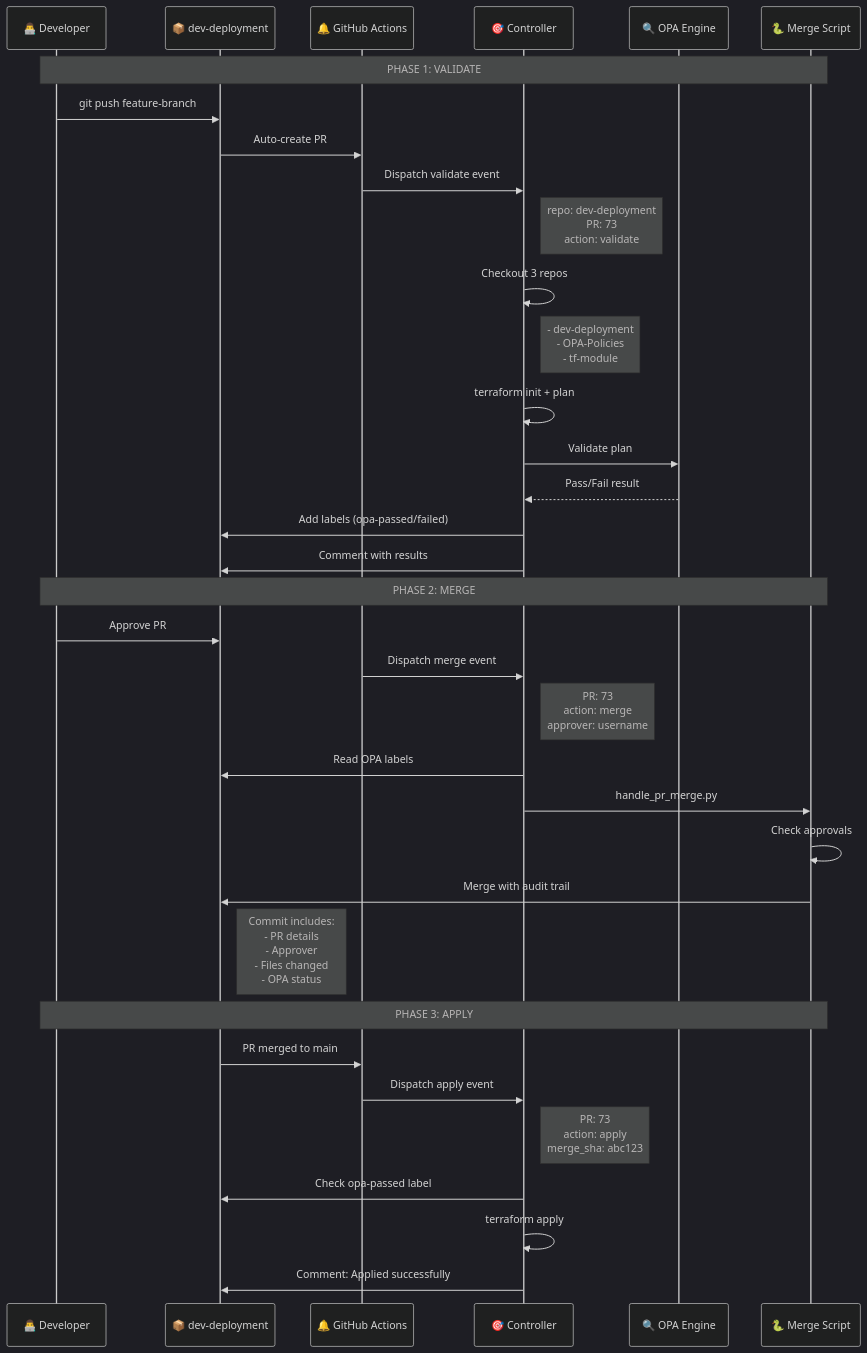
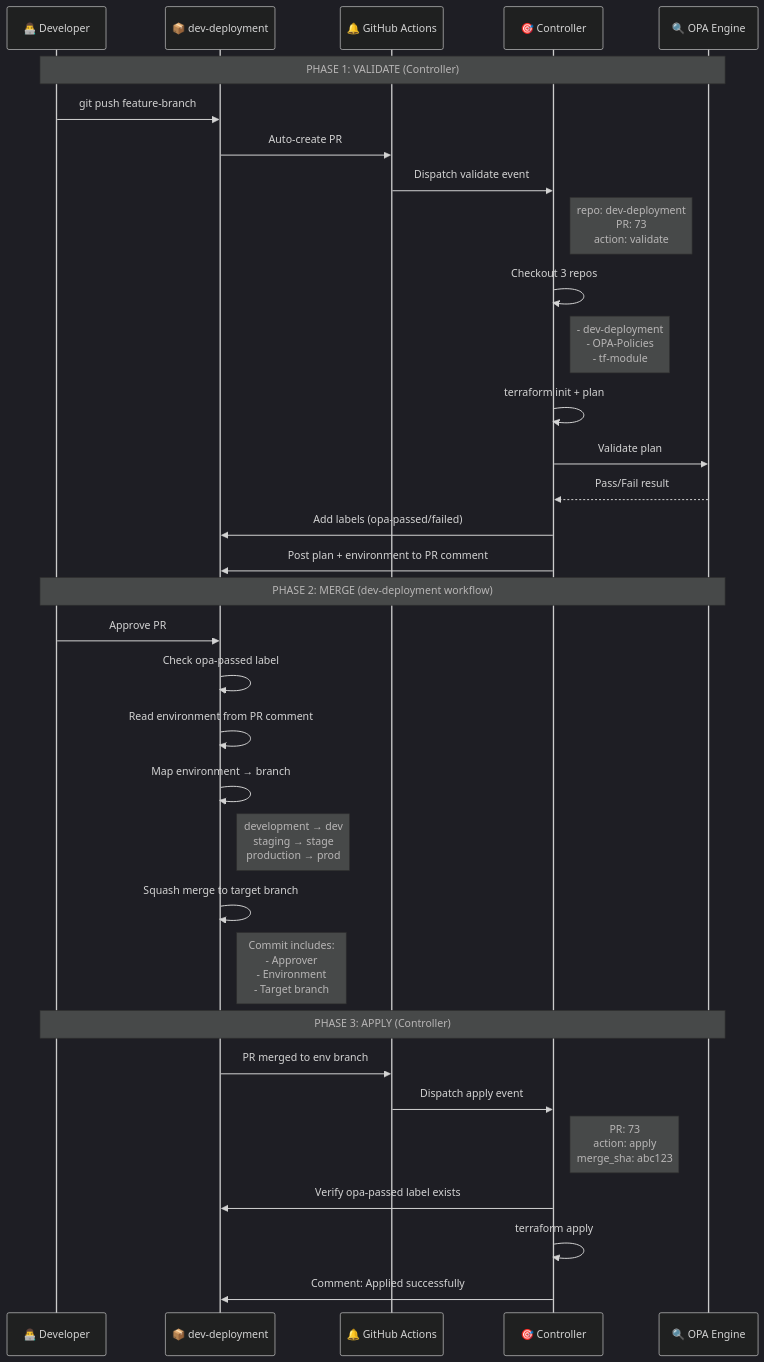
The second of 3 diagrams in EXECUTIVE-WORKFLOW-OVERVIEW.md (Terraform-centilazed-pipline/centerlized-pipline-), drawn with Mermaid (dark theme) before and after one commit. The commit also changed other lines of this file, not shown here.

Commit message:
docs: correct workflow - controller handles validate+apply only, merge done by dev workflow

````diff
--- a/EXECUTIVE-WORKFLOW-OVERVIEW.md
+++ b/EXECUTIVE-WORKFLOW-OVERVIEW.md
@@ -145,40 +156,38 @@
 ```mermaid
 sequenceDiagram
     participant Dev as 👨‍💻 Developer
     participant DevRepo as 📦 dev-deployment
     participant GHA as 🔔 GitHub Actions
     participant Ctrl as 🎯 Controller
     participant OPA as 🔍 OPA Engine
-    participant Python as 🐍 Merge Script
     
-    Note over Dev,Python: PHASE 1: VALIDATE
+    Note over Dev,OPA: PHASE 1: VALIDATE (Controller)
     Dev->>DevRepo: git push feature-branch
     DevRepo->>GHA: Auto-create PR
     GHA->>Ctrl: Dispatch validate event
     Note right of Ctrl: repo: dev-deployment<br/>PR: 73<br/>action: validate
     Ctrl->>Ctrl: Checkout 3 repos
     Note right of Ctrl: - dev-deployment<br/>- OPA-Policies<br/>- tf-module
     Ctrl->>Ctrl: terraform init + plan
     Ctrl->>OPA: Validate plan
     OPA-->>Ctrl: Pass/Fail result
     Ctrl->>DevRepo: Add labels (opa-passed/failed)
-    Ctrl->>DevRepo: Comment with results
+    Ctrl->>DevRepo: Post plan + environment to PR comment
     
-    Note over Dev,Python: PHASE 2: MERGE
+    Note over Dev,OPA: PHASE 2: MERGE (dev-deployment workflow)
     Dev->>DevRepo: Approve PR
-    GHA->>Ctrl: Dispatch merge event
-    Note right of Ctrl: PR: 73<br/>action: merge<br/>approver: username
-    Ctrl->>DevRepo: Read OPA labels
-    Ctrl->>Python: handle_pr_merge.py
-    Python->>Python: Check approvals
-    Python->>DevRepo: Merge with audit trail
-    Note right of DevRepo: Commit includes:<br/>- PR details<br/>- Approver<br/>- Files changed<br/>- OPA status
+    DevRepo->>DevRepo: Check opa-passed label
+    DevRepo->>DevRepo: Read environment from PR comment
+    DevRepo->>DevRepo: Map environment → branch
+    Note right of DevRepo: development → dev<br/>staging → stage<br/>production → prod
+    DevRepo->>DevRepo: Squash merge to target branch
+    Note right of DevRepo: Commit includes:<br/>- Approver<br/>- Environment<br/>- Target branch
     
-    Note over Dev,Python: PHASE 3: APPLY
-    DevRepo->>GHA: PR merged to main
+    Note over Dev,OPA: PHASE 3: APPLY (Controller)
+    DevRepo->>GHA: PR merged to env branch
     GHA->>Ctrl: Dispatch apply event
     Note right of Ctrl: PR: 73<br/>action: apply<br/>merge_sha: abc123
-    Ctrl->>DevRepo: Check opa-passed label
+    Ctrl->>DevRepo: Verify opa-passed label exists
     Ctrl->>Ctrl: terraform apply
     Ctrl->>DevRepo: Comment: Applied successfully
 ```
````
